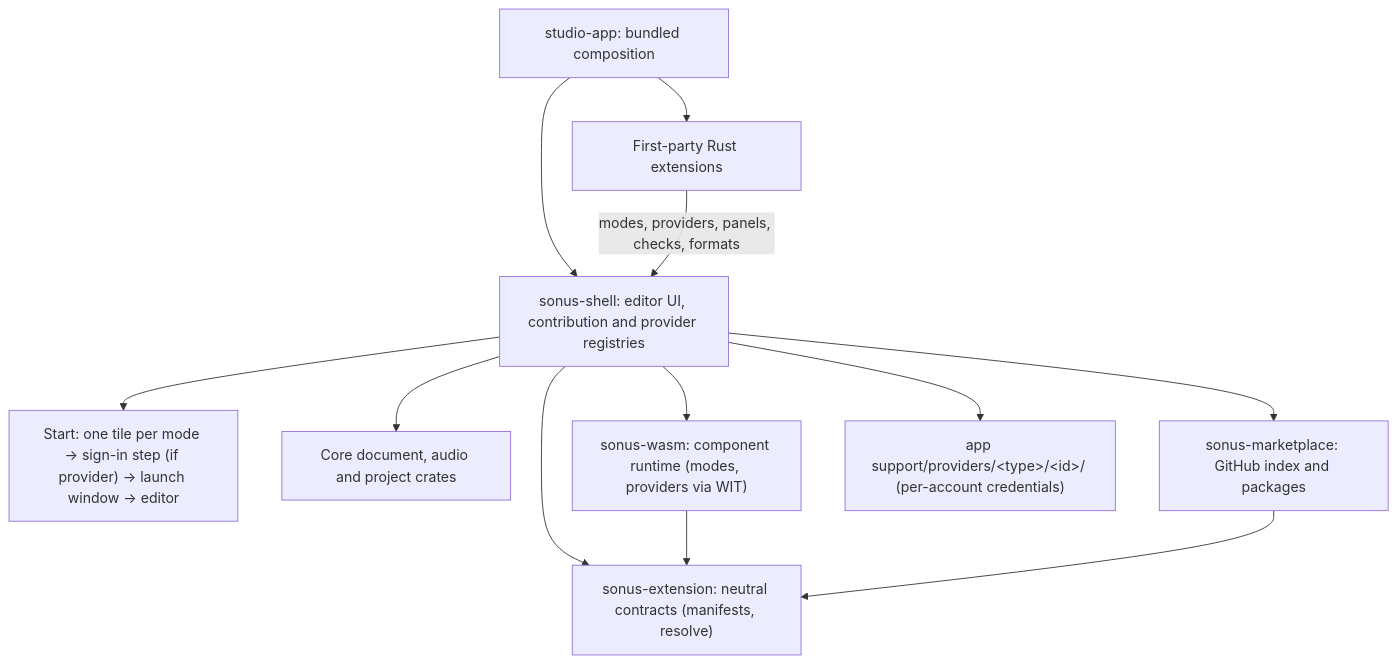
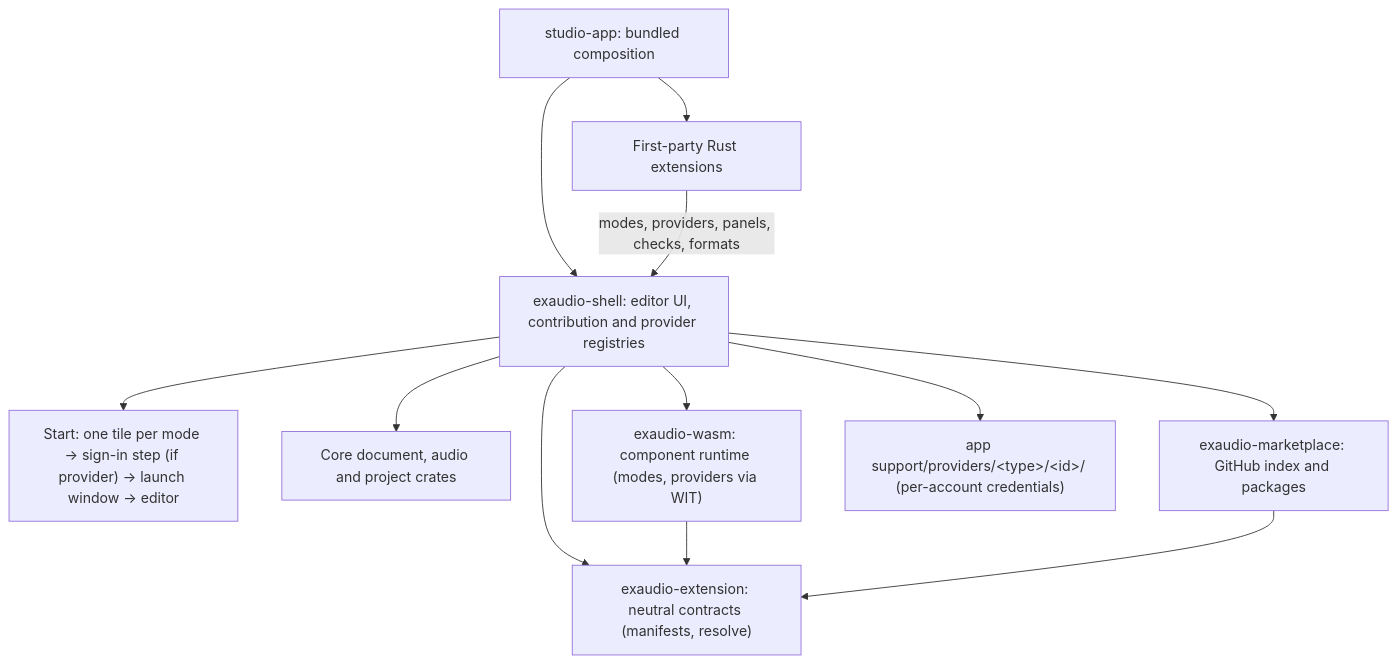
The diagram in docs/architecture.md (Nominy/transcription-studio), drawn with Mermaid before and after one commit. The commit also changed other lines of this file and 306 other files, not shown here.

````diff
--- a/docs/architecture.md
+++ b/docs/architecture.md
@@ -13,14 +13,14 @@
 ```mermaid
 flowchart TD
-    App["studio-app: bundled composition"] --> Shell["sonus-shell: editor UI, contribution and provider registries"]
+    App["studio-app: bundled composition"] --> Shell["exaudio-shell: editor UI, contribution and provider registries"]
     App --> Extensions["First-party Rust extensions"]
     Extensions -->|modes, providers, panels, checks, formats| Shell
     Shell --> Start["Start: one tile per mode → sign-in step (if provider) → launch window → editor"]
     Shell --> Core["Core document, audio and project crates"]
-    Shell --> API["sonus-extension: neutral contracts (manifests, resolve)"]
-    Shell --> Wasm["sonus-wasm: component runtime (modes, providers via WIT)"]
-    Shell --> Marketplace["sonus-marketplace: GitHub index and packages"]
+    Shell --> API["exaudio-extension: neutral contracts (manifests, resolve)"]
+    Shell --> Wasm["exaudio-wasm: component runtime (modes, providers via WIT)"]
+    Shell --> Marketplace["exaudio-marketplace: GitHub index and packages"]
     Shell --> Instances["app support/providers/&lt;type&gt;/&lt;id&gt;/ (per-account credentials)"]
     Wasm --> API
     Marketplace --> API
 ```
````
